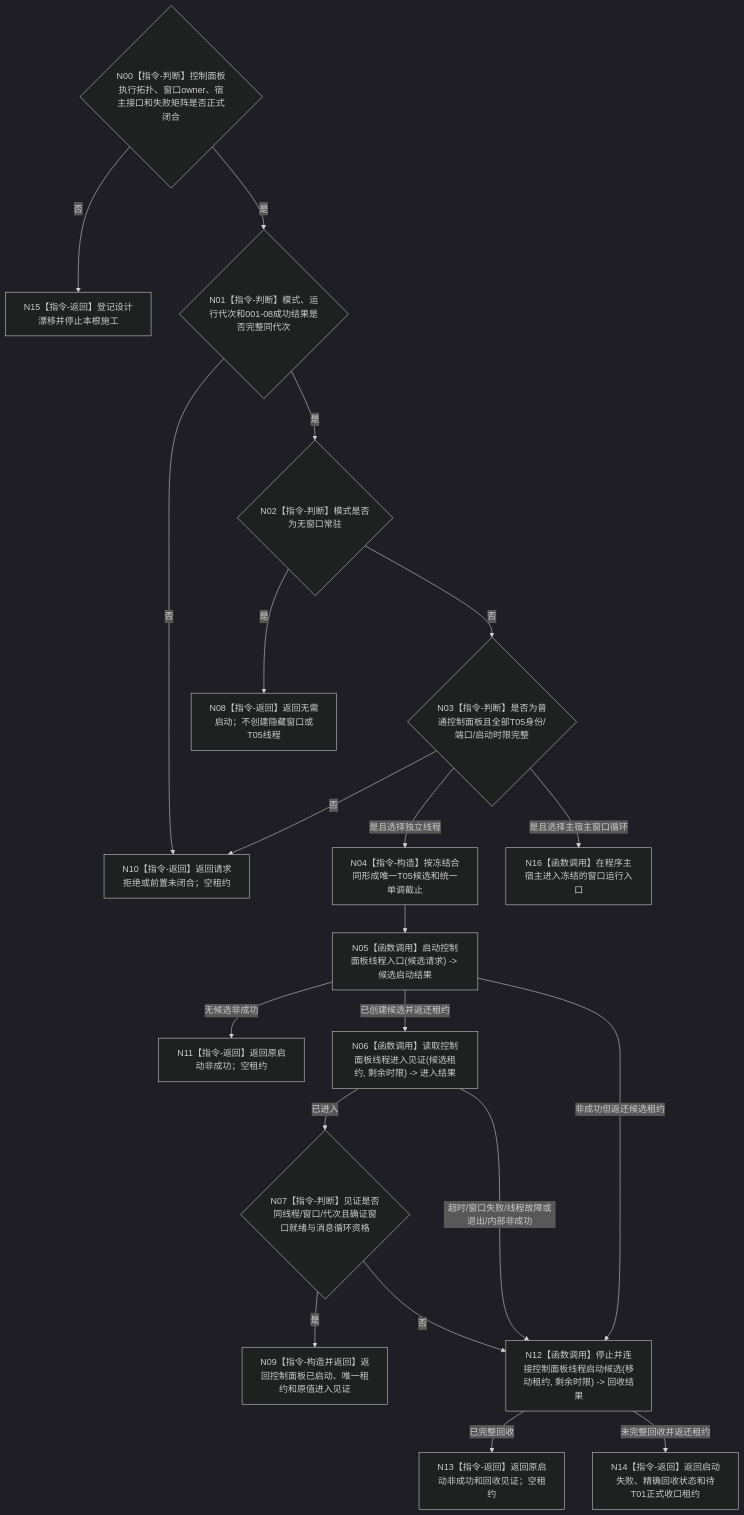
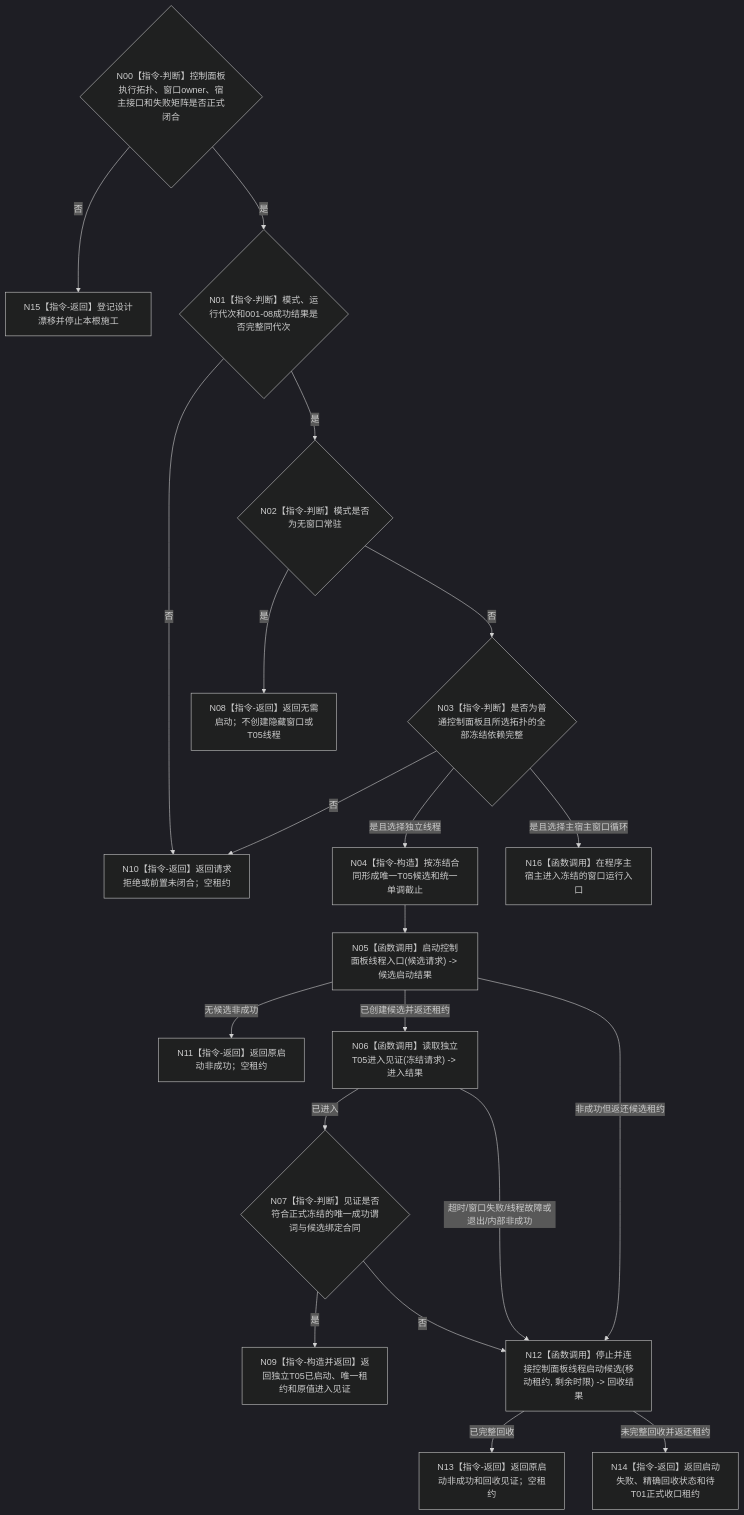
The diagram in 流程图/目标业务流程图/L2/BIZ-L2-001-09_按模式启动控制面板线程_目标函数流程图_v0.1.md (chunhaizh-cyber/HY-Ego), drawn with Mermaid (dark theme) before and after one commit. The commit also changed other lines of this file and 9 other files, not shown here.

````diff
--- a/流程图/目标业务流程图/L2/BIZ-L2-001-09_按模式启动控制面板线程_目标函数流程图_v0.1.md
+++ b/流程图/目标业务流程图/L2/BIZ-L2-001-09_按模式启动控制面板线程_目标函数流程图_v0.1.md
@@ -29,22 +29,22 @@
 ```mermaid
 flowchart TD
     N00{"N00【指令-判断】控制面板执行拓扑、窗口owner、宿主接口和失败矩阵是否正式闭合"} -->|否| N15["N15【指令-返回】登记设计漂移并停止本根施工"]
     N00 -->|是| N01
     N01{"N01【指令-判断】模式、运行代次和001-08成功结果是否完整同代次"} -->|否| N10["N10【指令-返回】返回请求拒绝或前置未闭合；空租约"]
     N01 -->|是| N02{"N02【指令-判断】模式是否为无窗口常驻"}
     N02 -->|是| N08["N08【指令-返回】返回无需启动；不创建隐藏窗口或T05线程"]
-    N02 -->|否| N03{"N03【指令-判断】是否为普通控制面板且全部T05身份/端口/启动时限完整"}
+    N02 -->|否| N03{"N03【指令-判断】是否为普通控制面板且所选拓扑的全部冻结依赖完整"}
     N03 -->|否| N10
     N03 -->|是且选择独立线程| N04["N04【指令-构造】按冻结合同形成唯一T05候选和统一单调截止"]
     N03 -->|是且选择主宿主窗口循环| N16["N16【函数调用】在程序主宿主进入冻结的窗口运行入口"]
     N04 --> N05["N05【函数调用】启动控制面板线程入口(候选请求) -> 候选启动结果"]
     N05 -->|无候选非成功| N11["N11【指令-返回】返回原启动非成功；空租约"]
-    N05 -->|已创建候选并返还租约| N06["N06【函数调用】读取控制面板线程进入见证(候选租约, 剩余时限) -> 进入结果"]
+    N05 -->|已创建候选并返还租约| N06["N06【函数调用】读取独立T05进入见证(冻结请求) -> 进入结果"]
     N05 -->|非成功但返还候选租约| N12["N12【函数调用】停止并连接控制面板线程启动候选(移动租约, 剩余时限) -> 回收结果"]
-    N06 -->|已进入| N07{"N07【指令-判断】见证是否同线程/窗口/代次且确证窗口就绪与消息循环资格"}
-    N07 -->|是| N09["N09【指令-构造并返回】返回控制面板已启动、唯一租约和原值进入见证"]
+    N06 -->|已进入| N07{"N07【指令-判断】见证是否符合正式冻结的唯一成功谓词与候选绑定合同"}
+    N07 -->|是| N09["N09【指令-构造并返回】返回独立T05已启动、唯一租约和原值进入见证"]
     N07 -->|否| N12
     N06 -->|超时/窗口失败/线程故障或退出/内部非成功| N12
     N12 -->|已完整回收| N13["N13【指令-返回】返回原启动非成功和回收见证；空租约"]
     N12 -->|未完整回收并返还租约| N14["N14【指令-返回】返回启动失败、精确回收状态和待T01正式收口租约"]
 ```
````
